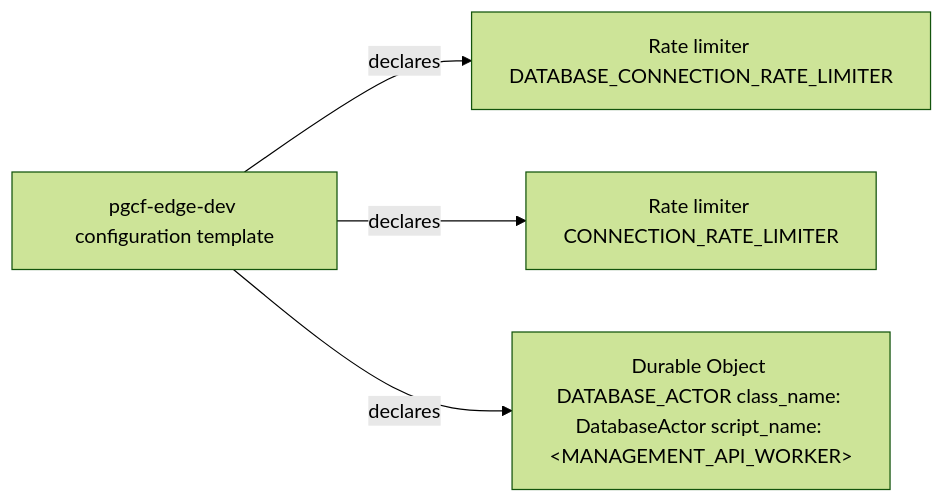
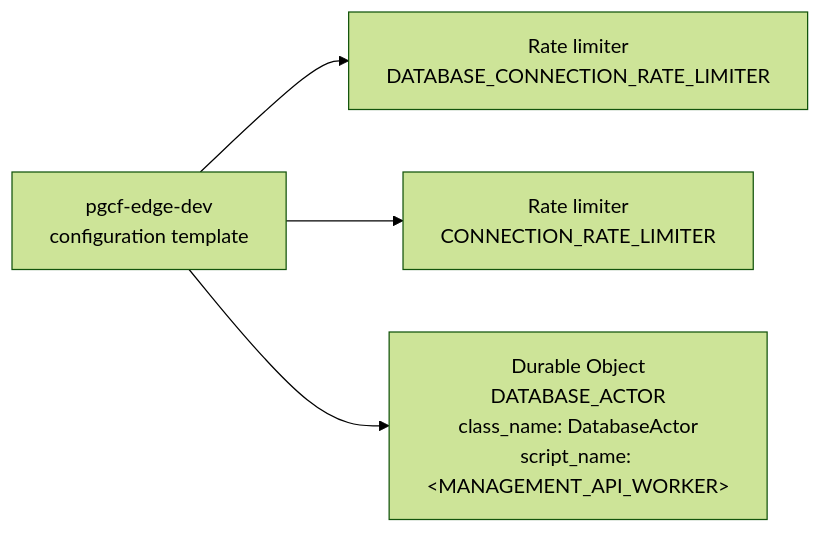
One commit to amerged-org/cloudflare-postgres changed the diagram in docs/architecture/mermaider/edge-resources.mmd. Above: the diagram before and after it, drawn with Mermaid (forest theme). The commit also changed 15 other files, not shown here.

First line of the commit message:
docs: regenerate architecture diagrams with Mermaider 0.1.1

```diff
--- a/docs/architecture/mermaider/edge-resources.mmd
+++ b/docs/architecture/mermaider/edge-resources.mmd
@@ -1,8 +1,8 @@
 flowchart LR
-    n_f3ab956c59bc["Rate limiter CONNECTION_RATE_LIMITER"]
-    n_7b6a90f74db1["pgcf-edge-dev configuration template"]
-    n_3c8077e8f708["Rate limiter DATABASE_CONNECTION_RATE_LIMITER"]
-    n_02b18227568e["Durable Object DATABASE_ACTOR class_name: DatabaseActor script_name: #60;MANAGEMENT_API_WORKER#62;"]
-    n_7b6a90f74db1 -->|"declares"| n_3c8077e8f708
-    n_7b6a90f74db1 -->|"declares"| n_f3ab956c59bc
-    n_7b6a90f74db1 -->|"declares"| n_02b18227568e
+    n_f3ab956c59bc["Rate limiter<br/>CONNECTION_RATE_LIMITER"]
+    n_7b6a90f74db1["pgcf-edge-dev<br/>configuration template"]
+    n_3c8077e8f708["Rate limiter<br/>DATABASE_CONNECTION_RATE_LIMITER"]
+    n_02b18227568e["Durable Object<br/>DATABASE_ACTOR<br/>class_name: DatabaseActor<br/>script_name: #60;MANAGEMENT_API_WORKER#62;"]
+    n_7b6a90f74db1 --> n_3c8077e8f708
+    n_7b6a90f74db1 --> n_f3ab956c59bc
+    n_7b6a90f74db1 --> n_02b18227568e
```
